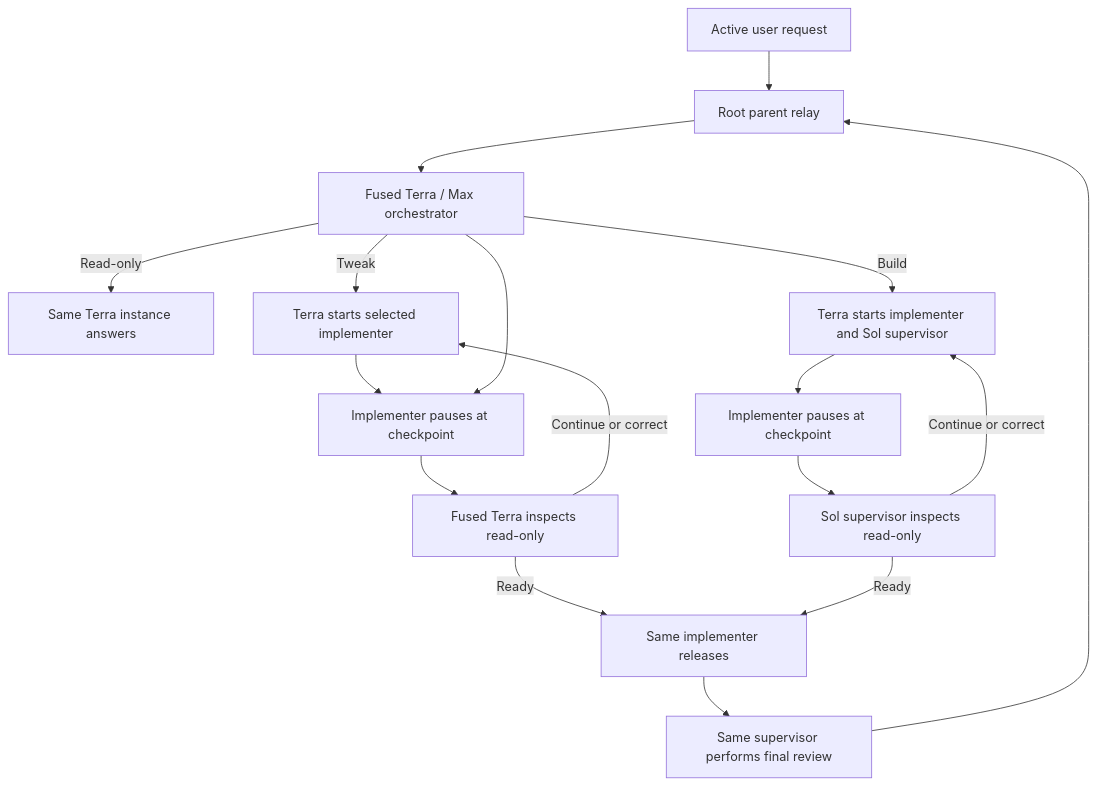
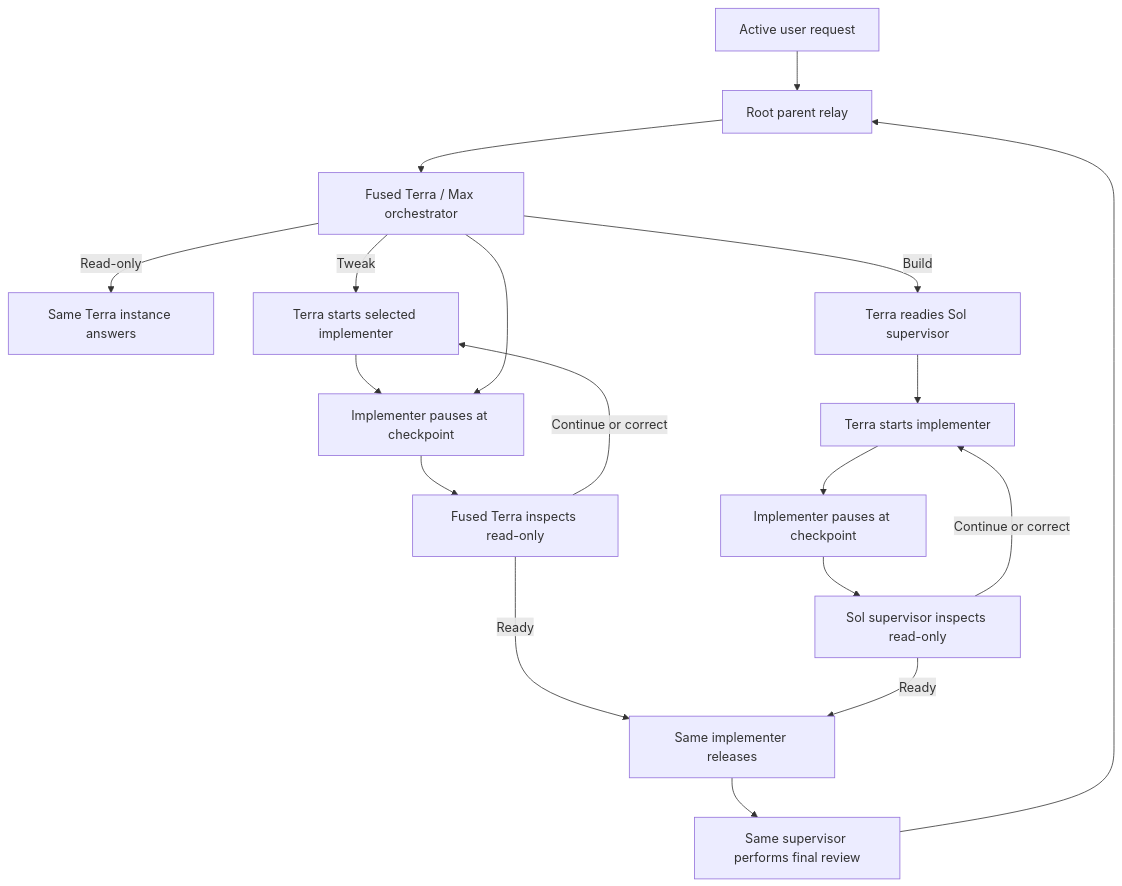
The diagram in README.md (jessejaffe/codex-orchestration), drawn with Mermaid before and after one commit. The commit also changed other lines of this file and 10 other files, not shown here.

````diff
--- a/README.md
+++ b/README.md
@@ -61,19 +62,20 @@
 ```mermaid
 flowchart TD
     U["Active user request"] --> P["Root parent relay"]
     P --> T["Fused Terra / Max orchestrator"]
     T -->|"Read-only"| R["Same Terra instance answers"]
     T -->|"Tweak"| I["Terra starts selected implementer"]
-    T -->|"Build"| B["Terra starts implementer and Sol supervisor"]
+    T -->|"Build"| S0["Terra readies Sol supervisor"]
+    S0 --> B["Terra starts implementer"]
     I --> C["Implementer pauses at checkpoint"]
     T --> C
     B --> D["Implementer pauses at checkpoint"]
     C --> V["Fused Terra inspects read-only"]
     D --> S["Sol supervisor inspects read-only"]
     V -->|"Continue or correct"| I
     S -->|"Continue or correct"| B
     V -->|"Ready"| X["Same implementer releases"]
     S -->|"Ready"| X
     X --> F["Same supervisor performs final review"]
     F --> P
 ```
````
